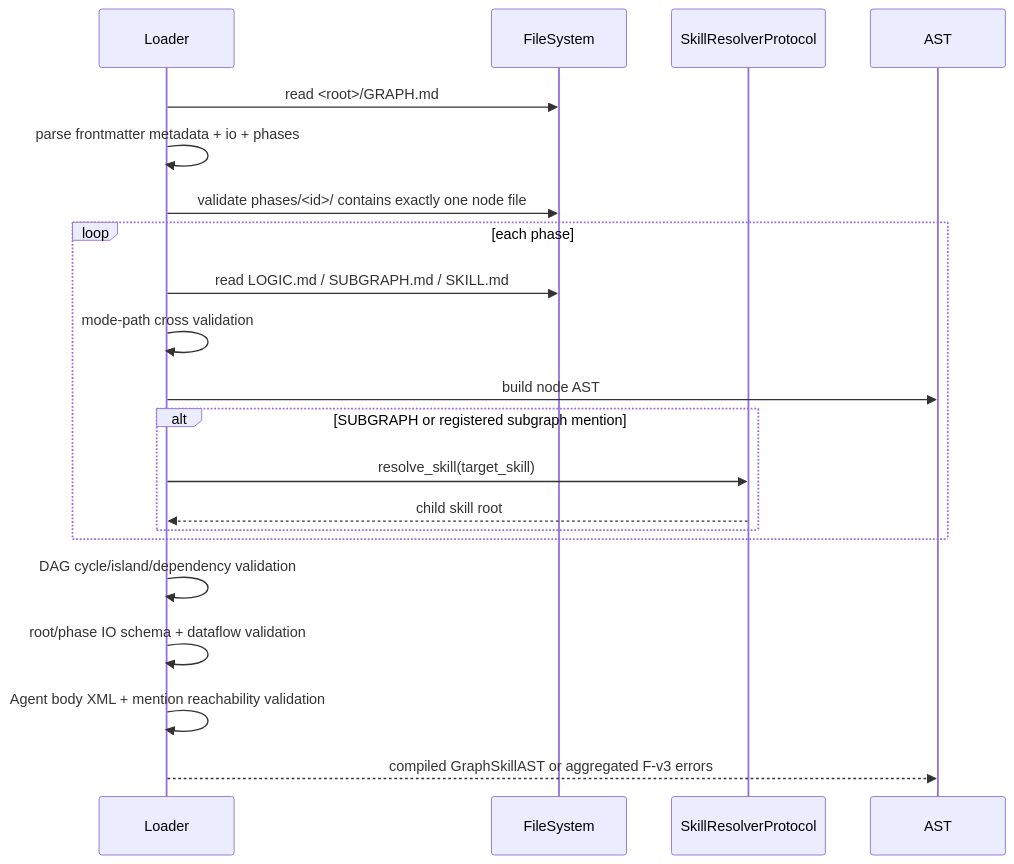
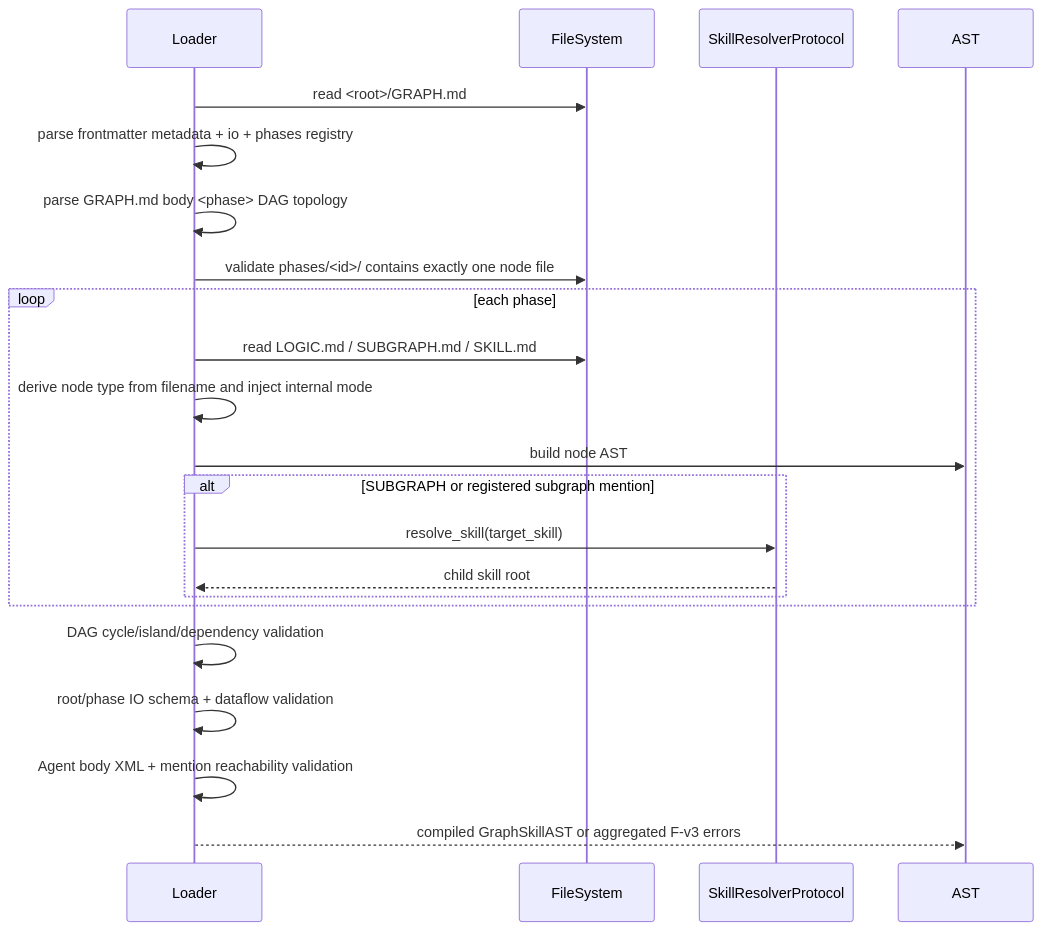
The diagram in docs/engine/skill-spec/12-compile-runtime-flow-spec.md (SevenX77/agent-harness), drawn with Mermaid before and after one commit. The commit also changed other lines of this file and 80 other files, not shown here.

````diff
--- a/docs/engine/skill-spec/12-compile-runtime-flow-spec.md
+++ b/docs/engine/skill-spec/12-compile-runtime-flow-spec.md
@@ -9,24 +9,25 @@
 ```mermaid
 sequenceDiagram
   participant Loader
   participant FS as FileSystem
   participant Resolver as SkillResolverProtocol
   participant AST
 
   Loader->>FS: read <root>/GRAPH.md
-  Loader->>Loader: parse frontmatter metadata + io + phases
+  Loader->>Loader: parse frontmatter metadata + io + phases registry
+  Loader->>Loader: parse GRAPH.md body <phase> DAG topology
   Loader->>FS: validate phases/<id>/ contains exactly one node file
   loop each phase
     Loader->>FS: read LOGIC.md / SUBGRAPH.md / SKILL.md
-    Loader->>Loader: mode-path cross validation
+    Loader->>Loader: derive node type from filename and inject internal mode
     Loader->>AST: build node AST
     alt SUBGRAPH or registered subgraph mention
       Loader->>Resolver: resolve_skill(target_skill)
       Resolver-->>Loader: child skill root
     end
   end
   Loader->>Loader: DAG cycle/island/dependency validation
   Loader->>Loader: root/phase IO schema + dataflow validation
   Loader->>Loader: Agent body XML + mention reachability validation
   Loader-->>AST: compiled GraphSkillAST or aggregated F-v3 errors
 ```
````
